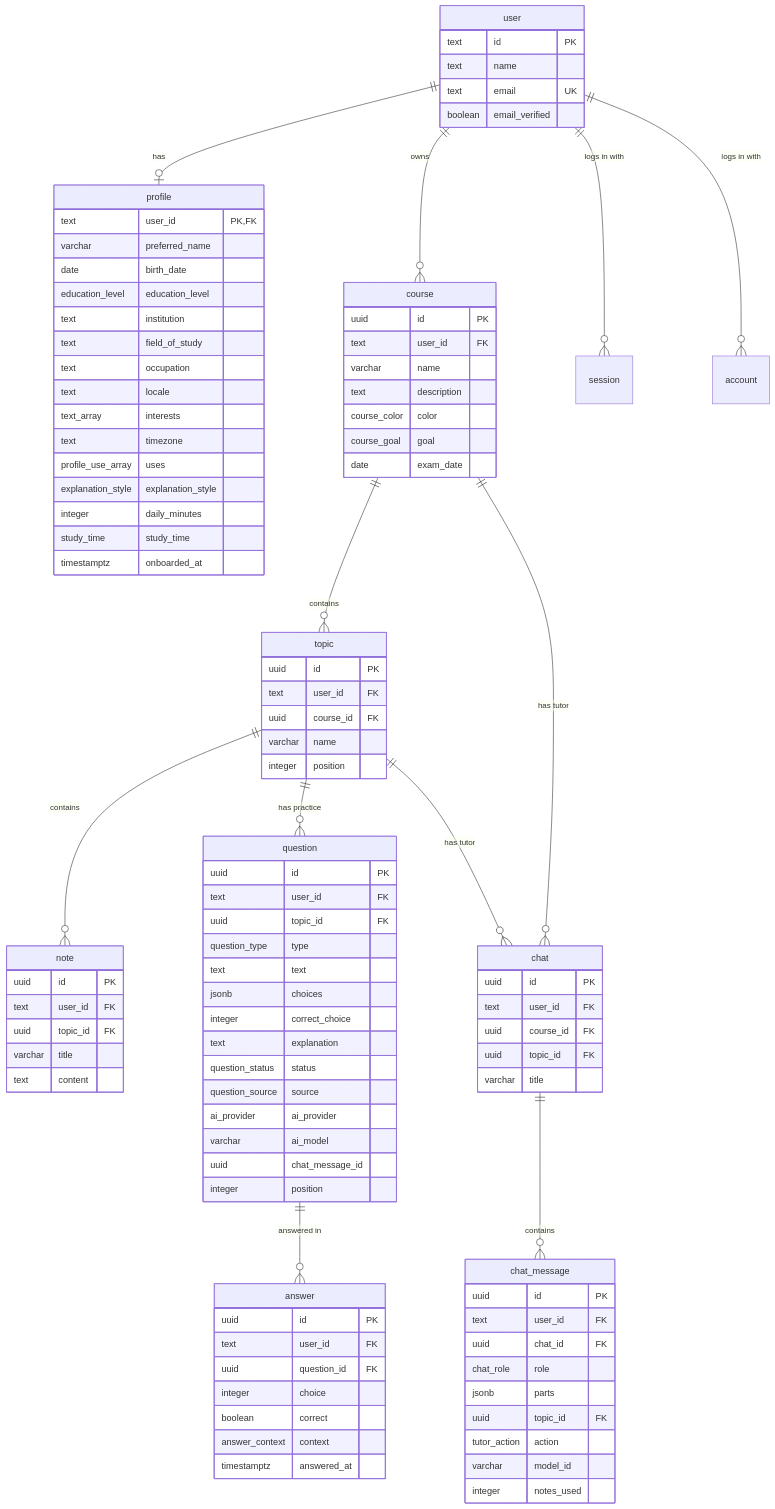
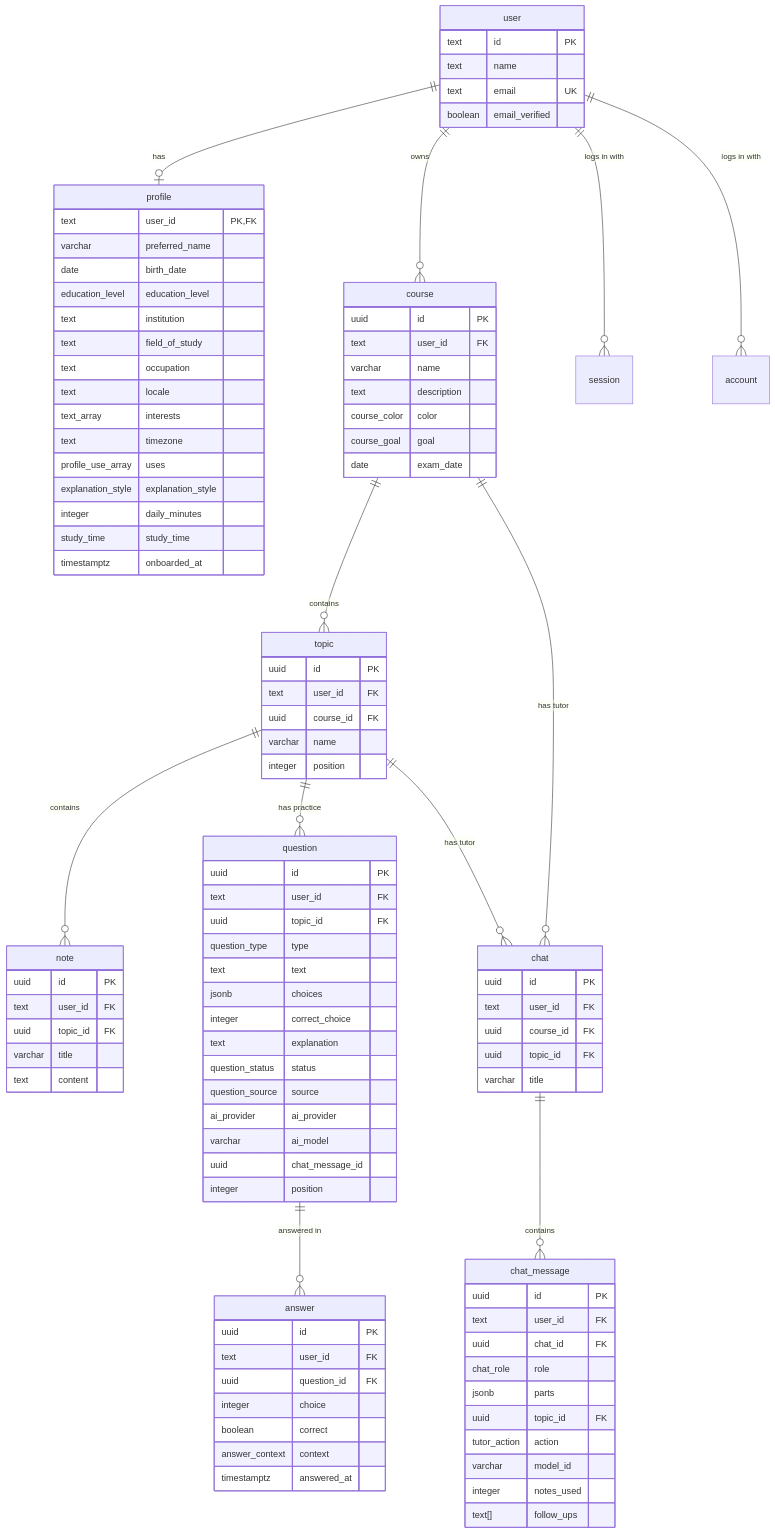
The diagram in docs/database.md (fyernald/orbi), drawn with Mermaid before and after one commit. The commit also changed other lines of this file and 13 other files, not shown here.

```diff
--- a/docs/database.md
+++ b/docs/database.md
@@ -81,6 +81,7 @@
         tutor_action action
         varchar model_id
         integer notes_used
+        text[] follow_ups
     }
     question {
         uuid id PK
```
